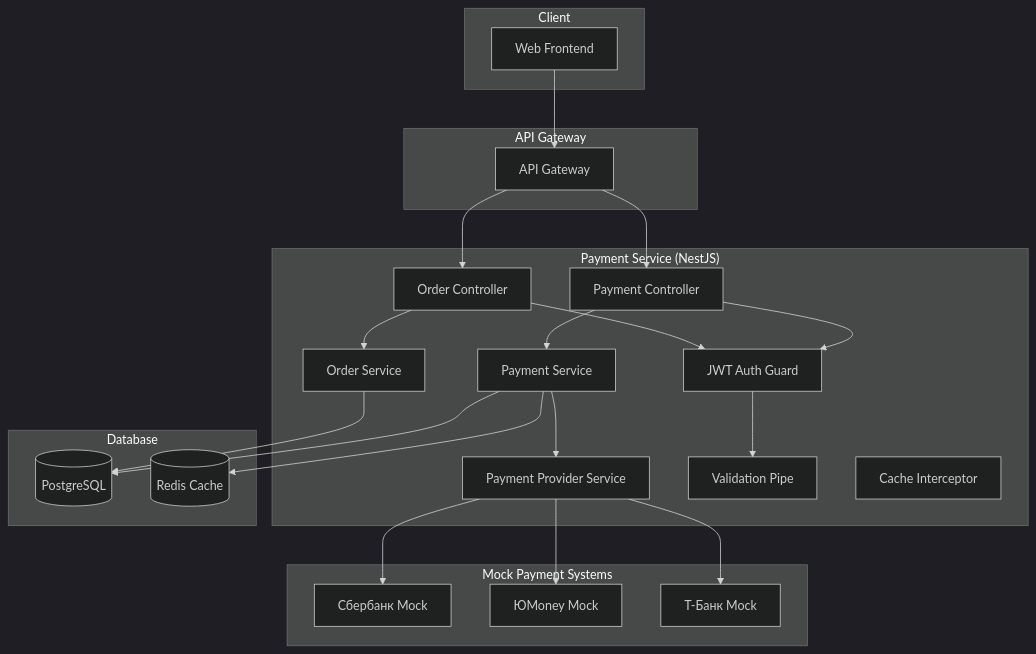
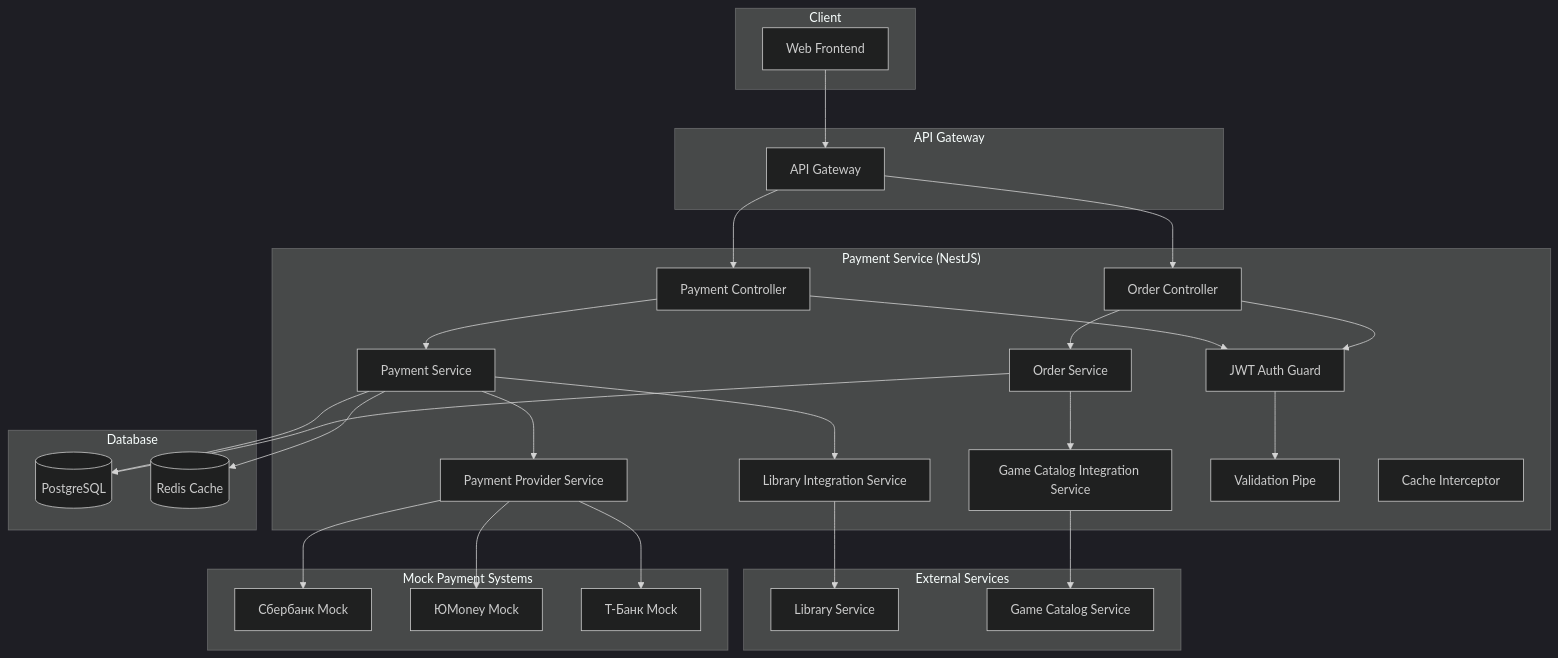
The diagram in .kiro/specs/payment-service/design.md (wizarding-anonymous/cryo), drawn with Mermaid (dark theme) before and after one commit. The commit also changed other lines of this file and 27 other files, not shown here.

````diff
--- a/.kiro/specs/payment-service/design.md
+++ b/.kiro/specs/payment-service/design.md
@@ -13,48 +13,59 @@
 ```mermaid
 graph TB
     subgraph "Client"
         Web[Web Frontend]
     end
     
     subgraph "API Gateway"
         Gateway[API Gateway]
     end
     
     subgraph "Payment Service (NestJS)"
         PaymentController[Payment Controller]
         OrderController[Order Controller]
         PaymentService[Payment Service]
         OrderService[Order Service]
         PaymentProviderService[Payment Provider Service]
+        LibraryIntegrationService[Library Integration Service]
+        GameCatalogIntegrationService[Game Catalog Integration Service]
         AuthGuard[JWT Auth Guard]
         ValidationPipe[Validation Pipe]
         CacheInterceptor[Cache Interceptor]
+    end
+    
+    subgraph "External Services"
+        LibraryService[Library Service]
+        GameCatalogService[Game Catalog Service]
     end
     
     subgraph "Mock Payment Systems"
         SberbankMock[Сбербанк Mock]
         YMoneyMock[ЮMoney Mock]
         TBankMock[Т-Банк Mock]
     end
     
     subgraph "Database"
         PostgreSQL[(PostgreSQL)]
         Redis[(Redis Cache)]
     end
     
     Web --> Gateway
     Gateway --> PaymentController
     Gateway --> OrderController
     PaymentController --> AuthGuard
     OrderController --> AuthGuard
     AuthGuard --> ValidationPipe
     PaymentController --> PaymentService
     OrderController --> OrderService
     PaymentService --> PaymentProviderService
     PaymentProviderService --> SberbankMock
     PaymentProviderService --> YMoneyMock
     PaymentProviderService --> TBankMock
     PaymentService --> PostgreSQL
     PaymentService --> Redis
+    PaymentService --> LibraryIntegrationService
     OrderService --> PostgreSQL
+    OrderService --> GameCatalogIntegrationService
+    LibraryIntegrationService --> LibraryService
+    GameCatalogIntegrationService --> GameCatalogService
 ```
````
